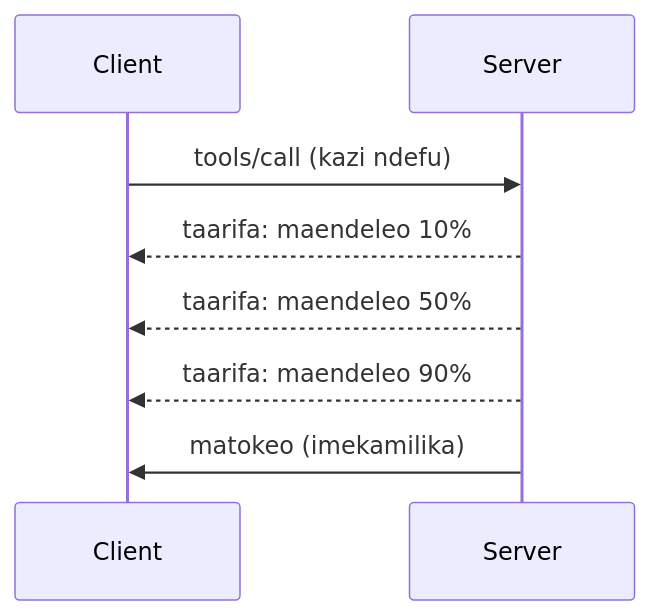
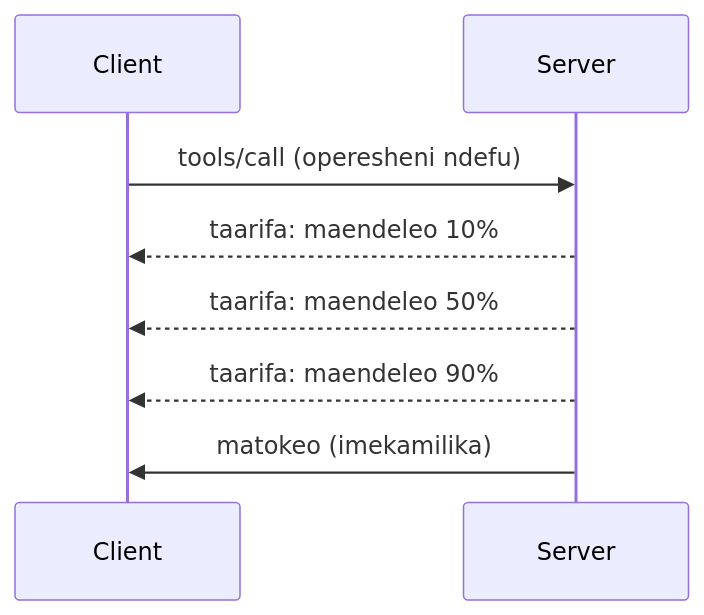
One commit to HIDORAKAI002/ai-workspace-archive changed the diagram in mcp_ecosystem__model_context_protocol/mcp_learning_resources/mcp-for-beginners/translations/sw/05-AdvancedTopics/mcp-protocol-features/README.md. Above: the diagram before and after it, drawn with Mermaid. The commit also changed other lines of this file and 1046 other files, not shown here.

````diff
--- a/mcp_ecosystem__model_context_protocol/mcp_learning_resources/mcp-for-beginners/translations/sw/05-AdvancedTopics/mcp-protocol-features/README.md
+++ b/mcp_ecosystem__model_context_protocol/mcp_learning_resources/mcp-for-beginners/translations/sw/05-AdvancedTopics/mcp-protocol-features/README.md
@@ -22,11 +24,11 @@
 ```mermaid
 sequenceDiagram
     participant Client
     participant Server
     
-    Client->>Server: tools/call (kazi ndefu)
+    Client->>Server: tools/call (operesheni ndefu)
     Server-->>Client: taarifa: maendeleo 10%
     Server-->>Client: taarifa: maendeleo 50%
     Server-->>Client: taarifa: maendeleo 90%
     Server->>Client: matokeo (imekamilika)
 ```
````
